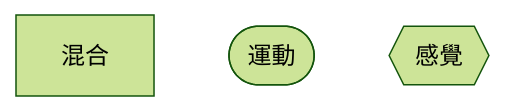
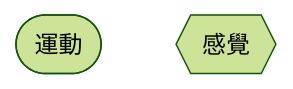
One commit to hsiu-chan/notebook changed diagram 11 of 20 in notes/口解.md. Above: the diagram before and after it, drawn with Mermaid (forest theme). The commit also changed other lines of this file and 8 other files, not shown here.

````diff
--- a/notes/口解.md
+++ b/notes/口解.md
@@ -637,6 +630,5 @@
 ```mermaid
 graph TB
-a[混合]
 b([運動])
 c{{感覺}}
 ```
````
